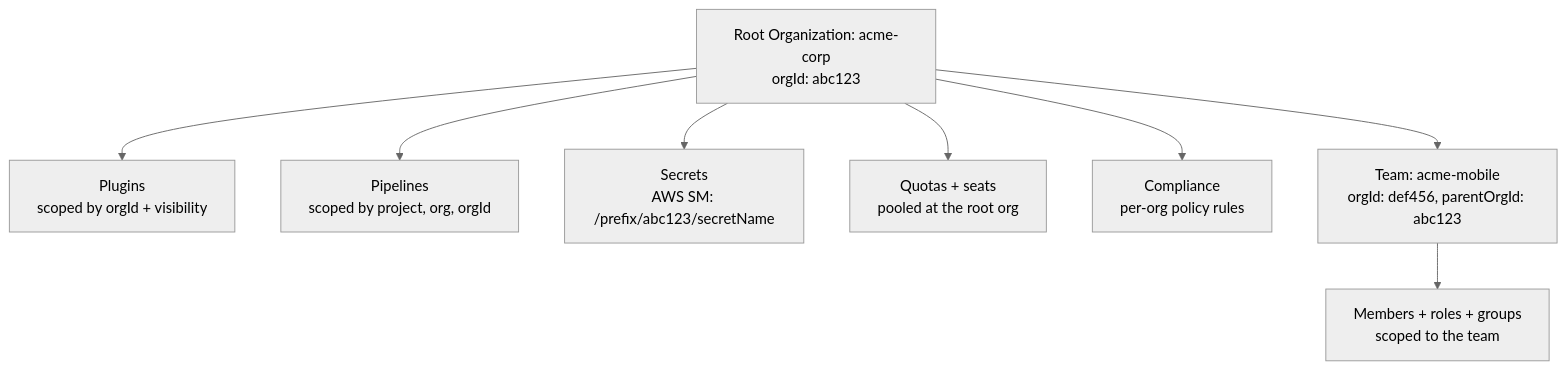
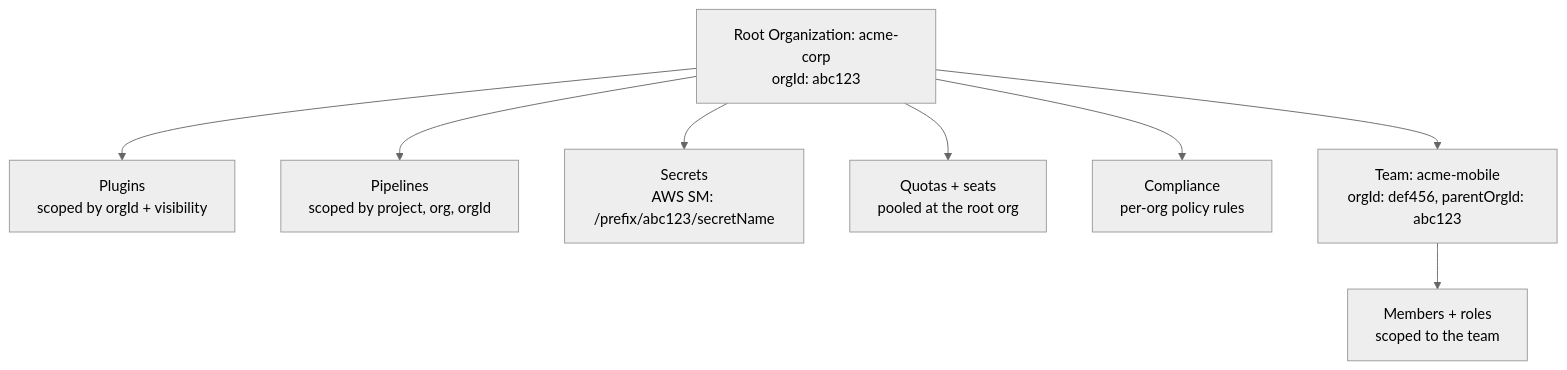
One commit to mwashburn160/pipeline-builder changed the tenth of 10 diagrams in docs/architecture-flow.md. Above: the diagram before and after it, drawn with Mermaid (neutral theme). The commit also changed 19 other files, not shown here.

````diff
--- a/docs/architecture-flow.md
+++ b/docs/architecture-flow.md
@@ -304,11 +304,11 @@
 ```mermaid
 flowchart TB
     ROOT[Root Organization: acme-corp<br/>orgId: abc123]
     ROOT --> PLUG[Plugins<br/>scoped by orgId + visibility]
     ROOT --> PIPE[Pipelines<br/>scoped by project, org, orgId]
     ROOT --> SEC[Secrets<br/>AWS SM: /prefix/abc123/secretName]
     ROOT --> QUO[Quotas + seats<br/>pooled at the root org]
     ROOT --> COMP[Compliance<br/>per-org policy rules]
     ROOT --> TEAM[Team: acme-mobile<br/>orgId: def456, parentOrgId: abc123]
-    TEAM --> TMEM[Members + roles + groups<br/>scoped to the team]
+    TEAM --> TMEM[Members + roles<br/>scoped to the team]
 ```
````
